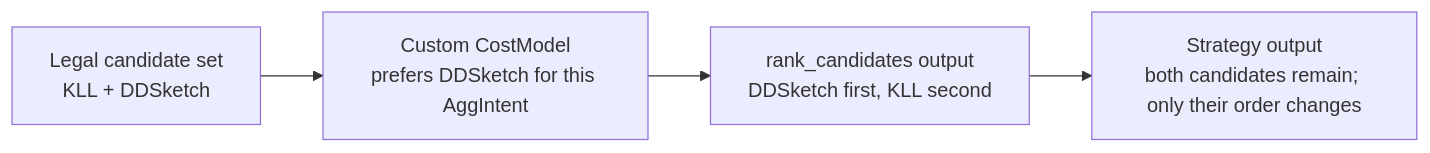
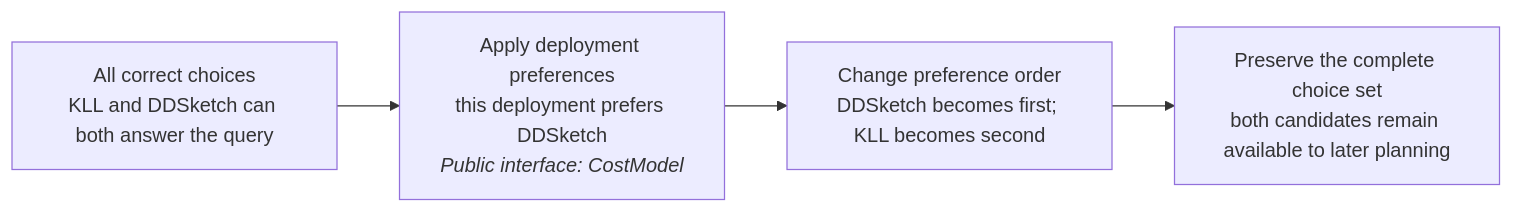
The fourth of 6 diagrams in docs/developer_docs/ASAP-aware-mapping-developer-guide.md (ProjectASAP/ASAPPlanner), drawn with Mermaid before and after one commit. The commit also changed other lines of this file, not shown here.

Commit message:
docs(asap-aware-mapping): make flowcharts public and conceptual

````diff
--- a/docs/developer_docs/ASAP-aware-mapping-developer-guide.md
+++ b/docs/developer_docs/ASAP-aware-mapping-developer-guide.md
@@ -940,6 +934,6 @@
 ```mermaid
 flowchart LR
-  INPUT["Legal candidate set<br/>KLL + DDSketch"] --> MODEL["Custom CostModel<br/>prefers DDSketch for this AggIntent"]
-  MODEL --> ORDER["rank_candidates output<br/>DDSketch first, KLL second"]
-  ORDER --> RESULT["Strategy output<br/>both candidates remain; only their order changes"]
+  INPUT["All correct choices<br/>KLL and DDSketch can both answer the query"] --> MODEL["Apply deployment preferences<br/>this deployment prefers DDSketch<br/><i>Public interface: CostModel</i>"]
+  MODEL --> ORDER["Change preference order<br/>DDSketch becomes first; KLL becomes second"]
+  ORDER --> RESULT["Preserve the complete choice set<br/>both candidates remain available to later planning"]
 ```
````
